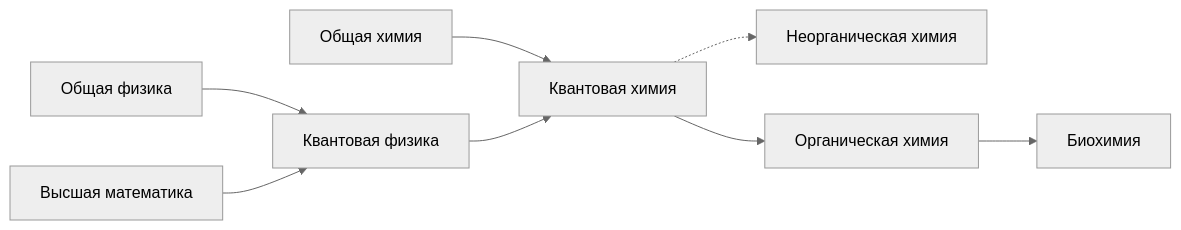
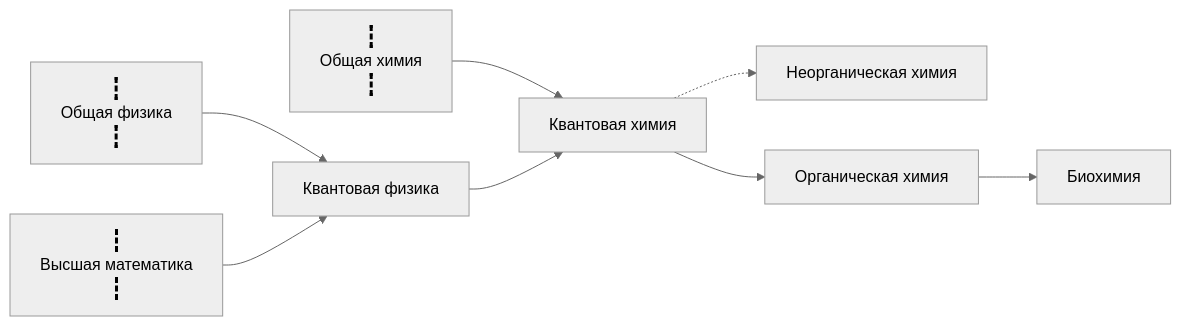
The diagram in learning-tracks.md (prozion/anti-aging-education), drawn with Mermaid (neutral theme) before and after one commit.

````diff
--- a/learning-tracks.md
+++ b/learning-tracks.md
@@ -7,19 +7,21 @@
 ```mermaid
 flowchart LR;
-    Mgen[Высшая математика];
-    Phgen[Общая физика];
+    Mgen[Высшая математика]:::cond;
+    Phgen[Общая физика]:::cond;
     Phq[Квантовая физика];
-    Chgen[Общая химия];
+    Chgen[Общая химия]:::cond;
     Chnorg[Неорганическая химия];
     Chorg[Органическая химия];
     Chq[Квантовая химия];
     Bioch[Биохимия];
 
     Chgen --> Chq --> Chorg --> Bioch;
     Chq -.-> Chnorg;
     Phgen --> Phq --> Chq;
     Mgen --> Phq;
 
+    classDef cond border:dashed;
+
     click Chorg "https://github.com/prozion/anti-aging-education/#органическая-химия" _blank
     click Chq "https://github.com/prozion/anti-aging-education/#квантовая-химия" _blank
 ```
````
